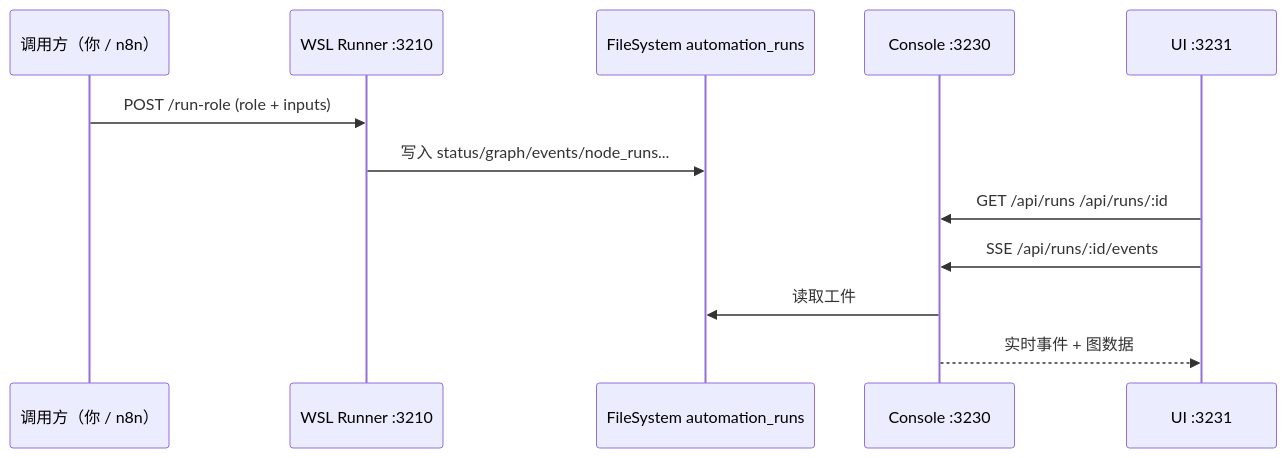
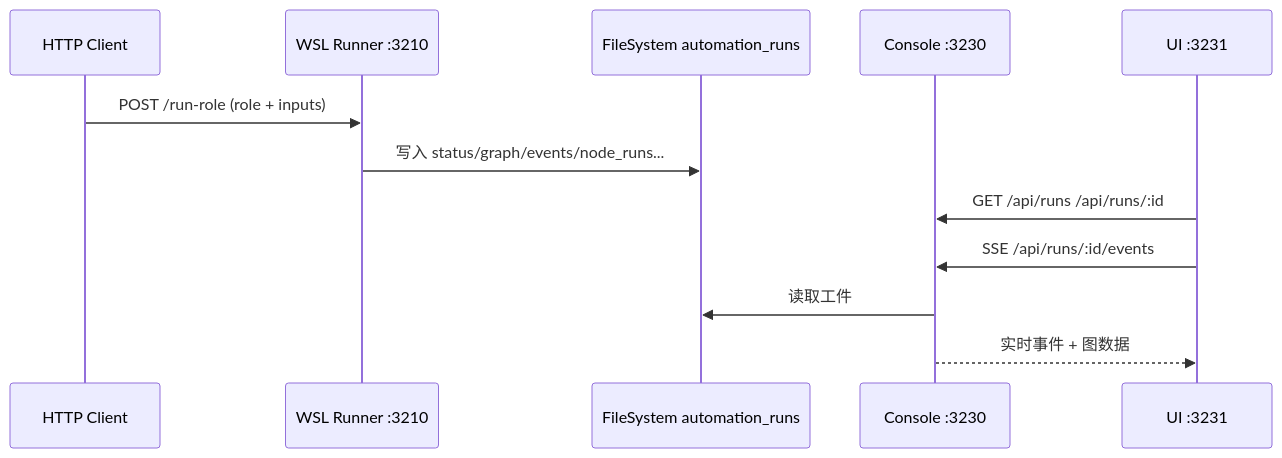
One commit to angelash/Footnote changed the seventh of 7 diagrams in workflows/reusable/pipeline-sys/WORKFLOW-OVERVIEW.md. Above: the diagram before and after it, drawn with Mermaid. The commit also changed other lines of this file and 59 other files, not shown here.

````diff
--- a/workflows/reusable/pipeline-sys/WORKFLOW-OVERVIEW.md
+++ b/workflows/reusable/pipeline-sys/WORKFLOW-OVERVIEW.md
@@ -240,15 +239,15 @@
 ```mermaid
 sequenceDiagram
-    participant U as 调用方（你 / n8n）
+    participant U as HTTP Client
     participant R as WSL Runner :3210
     participant FS as FileSystem automation_runs
     participant C as Console :3230
     participant UI as UI :3231
 
     U->>R: POST /run-role (role + inputs)
     R->>FS: 写入 status/graph/events/node_runs...
     UI->>C: GET /api/runs /api/runs/:id
     UI->>C: SSE /api/runs/:id/events
     C->>FS: 读取工件
     C-->>UI: 实时事件 + 图数据
 ```
````
